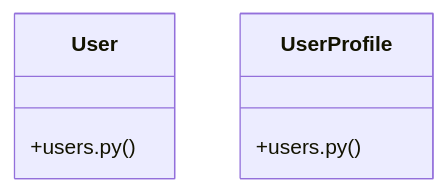
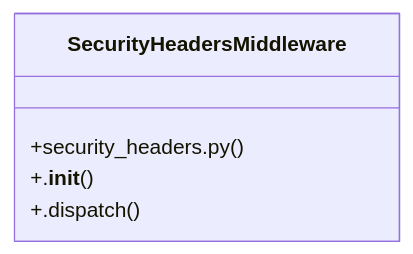
Before and after one commit to adjanayo/synca_conf_back: the diagram in graphify-out/wiki/[send_email()_&_make_ticket()]_Cluster.md, drawn with Mermaid. The commit also changed other lines of this file and 68 other files, not shown here.

````diff
--- a/graphify-out/wiki/[send_email()_&_make_ticket()]_Cluster.md
+++ b/graphify-out/wiki/[send_email()_&_make_ticket()]_Cluster.md
@@ -36,9 +36,8 @@
 ```mermaid
 classDiagram
-    class User {
-        +users.py()
-    }
-    class UserProfile {
-        +users.py()
+    class SecurityHeadersMiddleware {
+        +security_headers.py()
+        +.__init__()
+        +.dispatch()
     }
 ```
````
